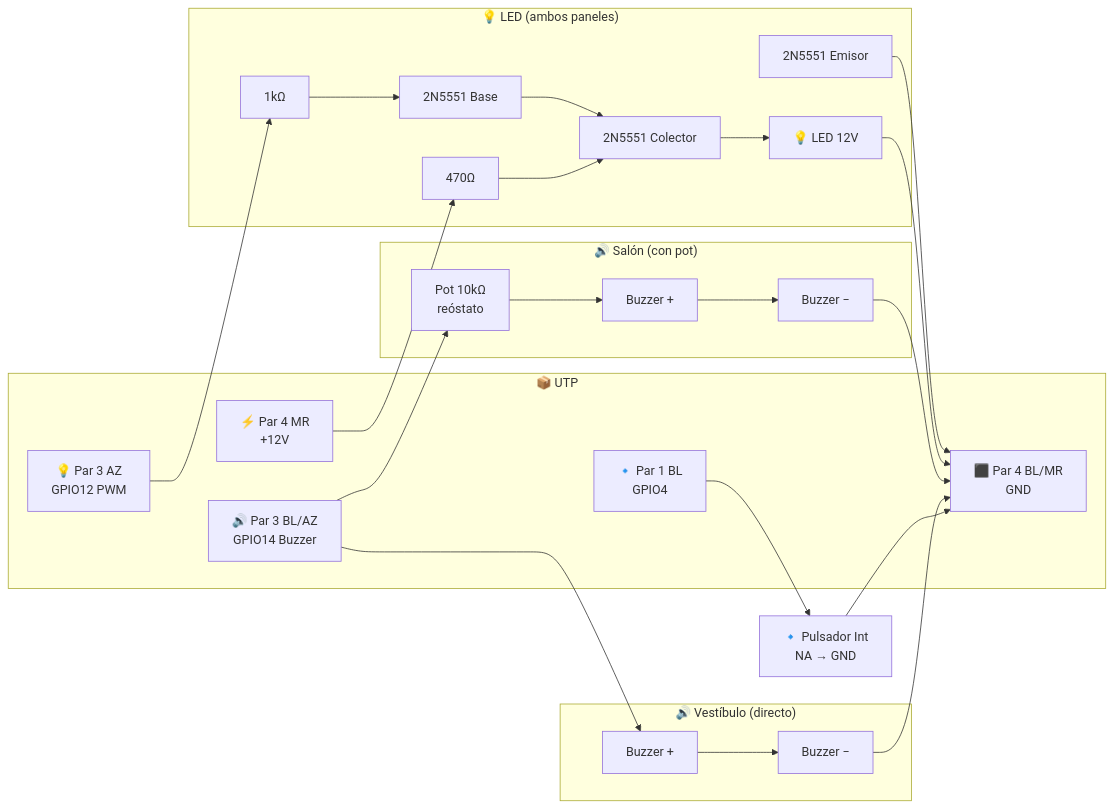
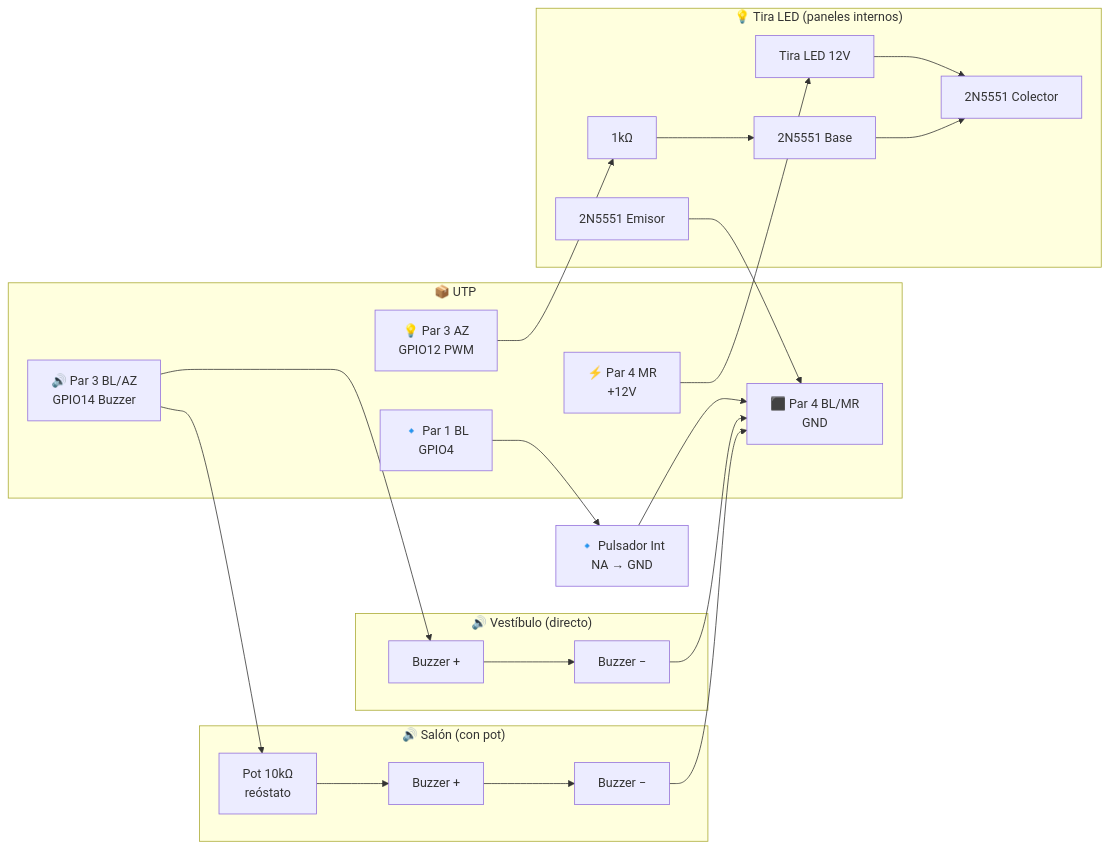
The fourth of 11 diagrams in README.md (abelbour/Abrepuertas), drawn with Mermaid before and after one commit. The commit also changed other lines of this file, not shown here.

First line of the commit message:
cambiar LEDs internos por tiras LED 12V; eliminar R 470Ω

````diff
--- a/README.md
+++ b/README.md
@@ -442,31 +443,29 @@
 ```mermaid
 flowchart LR
     subgraph UTP["📦 UTP"]
         AZ["💡 Par 3 AZ<br/>GPIO12 PWM"]
         BLAZ["🔊 Par 3 BL/AZ<br/>GPIO14 Buzzer"]
         P4MR["⚡ Par 4 MR<br/>+12V"]
         GND["⬛ Par 4 BL/MR<br/>GND"]
         P1BL["🔹 Par 1 BL<br/>GPIO4"]
     end
 
-    subgraph LedDriver["💡 LED (ambos paneles)"]
+    subgraph LedDriver["💡 Tira LED (paneles internos)"]
         R1[1kΩ] --> B[2N5551 Base]
         AZ --> R1
         B --> C[2N5551 Colector]
-        P4MR --> R2[470Ω] --> C
+        P4MR --> STRIP["Tira LED 12V"] --> C
         E[2N5551 Emisor] --> GND
-        C --> LED12["💡 LED 12V"]
-        LED12 --> GND
     end
 
     subgraph BuzzerSalon["🔊 Salón (con pot)"]
         BLAZ --> POT["Pot 10kΩ<br/>reóstato"] --> BZ_SALON["Buzzer +"] --> BZ_SALON_GND["Buzzer −"] --> GND
     end
 
     subgraph BuzzerVest["🔊 Vestíbulo (directo)"]
         BLAZ --> BZ_VEST["Buzzer +"] --> BZ_VEST_GND["Buzzer −"] --> GND
     end
 
     P1BL --> BtnInt["🔹 Pulsador Int<br/>NA → GND"]
     BtnInt --> GND
 ```
````
